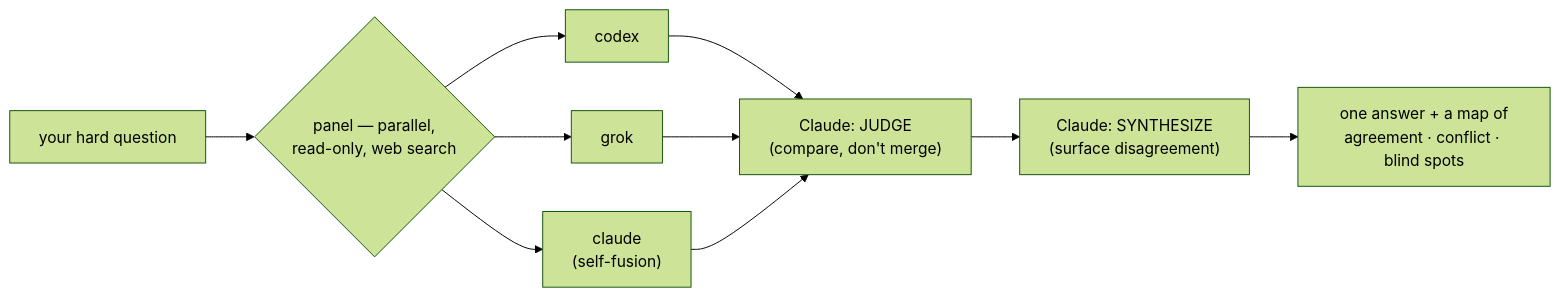
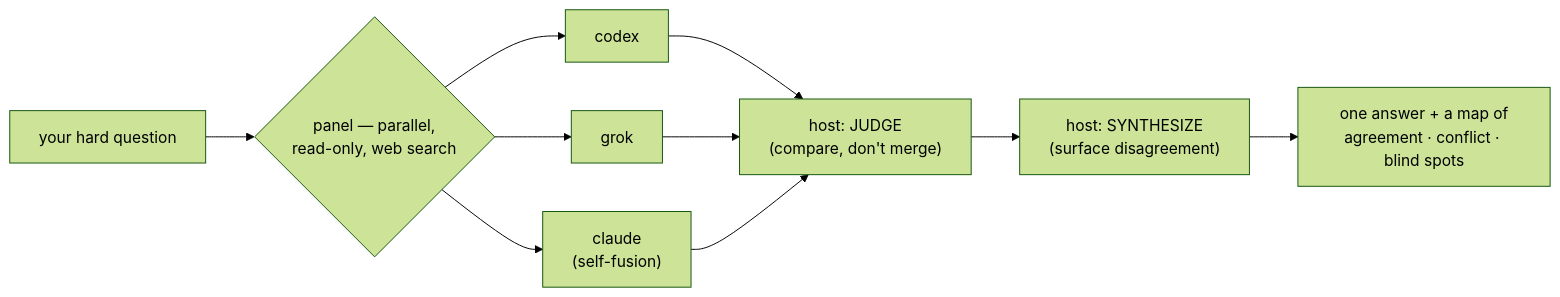
The diagram in README.md (tlangridge/Alloy), drawn with Mermaid (forest theme) before and after one commit. The commit also changed other lines of this file and 8 other files, not shown here.

First line of the commit message:
v0.1.9: Grok 4.6 default + host-agnostic judge

````diff
--- a/README.md
+++ b/README.md
@@ -96,12 +98,12 @@
 ```mermaid
 flowchart LR
   Q["your hard question"] --> P{"panel — parallel,<br/>read-only, web search"}
   P --> C["codex"]
   P --> K["grok"]
   P --> CL["claude<br/>(self-fusion)"]
-  C --> J["Claude: JUDGE<br/>(compare, don't merge)"]
+  C --> J["host: JUDGE<br/>(compare, don't merge)"]
   K --> J
   CL --> J
-  J --> S["Claude: SYNTHESIZE<br/>(surface disagreement)"]
+  J --> S["host: SYNTHESIZE<br/>(surface disagreement)"]
   S --> A["one answer + a map of<br/>agreement · conflict · blind spots"]
 ```
````
